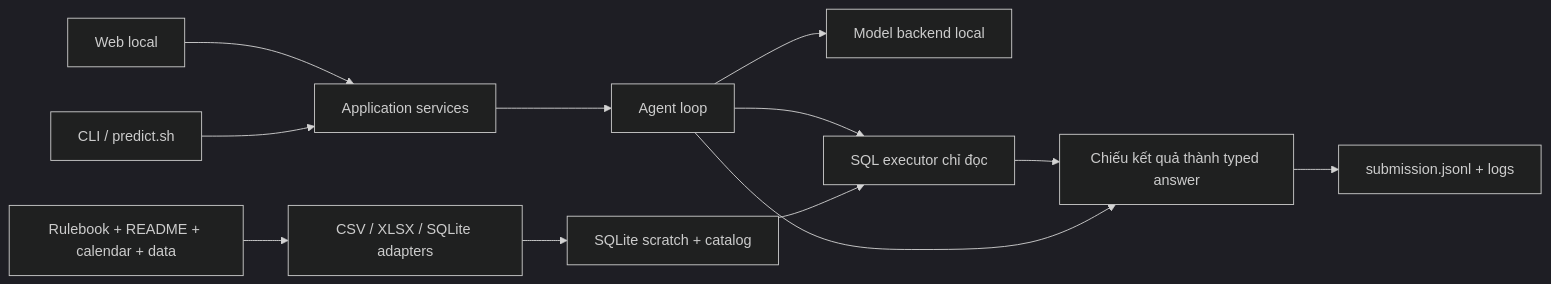
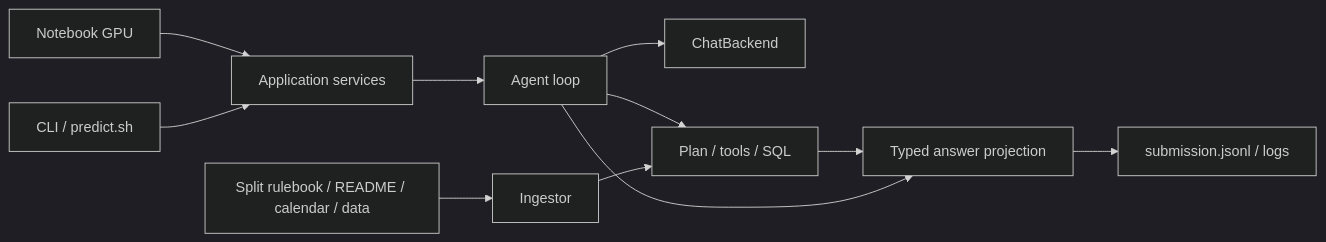
Before and after one commit to giabaonguyen0207/AI_ZALO2026-LoveYou3500: the diagram in docs/architecture.md, drawn with Mermaid (dark theme). The commit also changed other lines of this file and 107 other files, not shown here.

````diff
--- a/docs/architecture.md
+++ b/docs/architecture.md
@@ -7,14 +5,13 @@
 ```mermaid
 flowchart LR
-    Web[Web local] --> App[Application services]
+    Notebook[Notebook GPU] --> App[Application services]
     CLI[CLI / predict.sh] --> App
     App --> Agent[Agent loop]
-    Agent --> Model[Model backend local]
-    Agent --> SQL[SQL executor chỉ đọc]
-    Split[Rulebook + README + calendar + data] --> Ingest[CSV / XLSX / SQLite adapters]
-    Ingest --> Cache[SQLite scratch + catalog]
-    Cache --> SQL
-    SQL --> Project[Chiếu kết quả thành typed answer]
+    Agent --> Backend[ChatBackend]
+    Agent --> Tools[Plan / tools / SQL]
+    Split[Split rulebook / README / calendar / data] --> Ingest[Ingestor]
+    Ingest --> Tools
+    Tools --> Project[Typed answer projection]
     Agent --> Project
-    Project --> Output[submission.jsonl + logs]
+    Project --> Output[submission.jsonl / logs]
 ```
````
